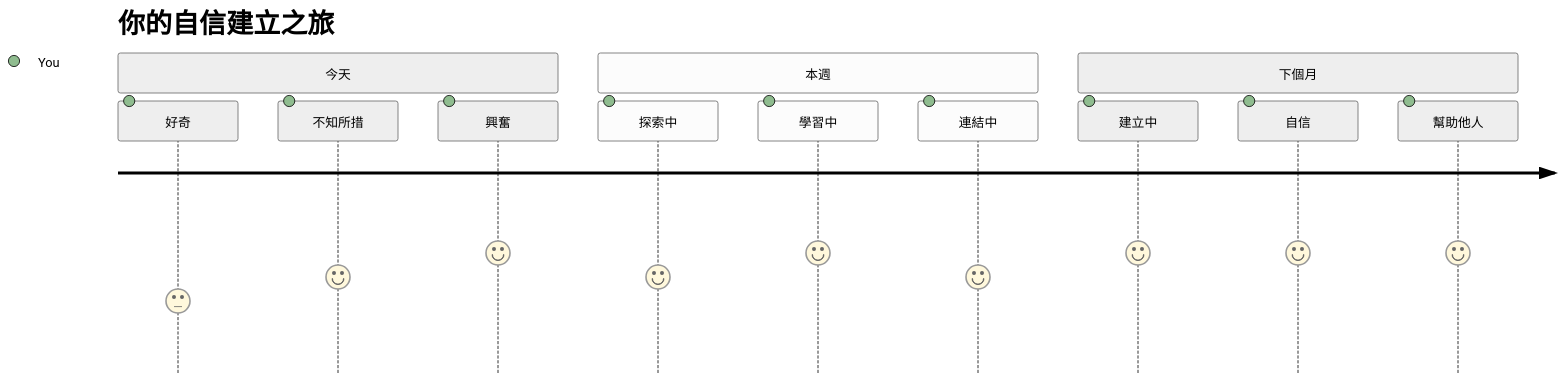
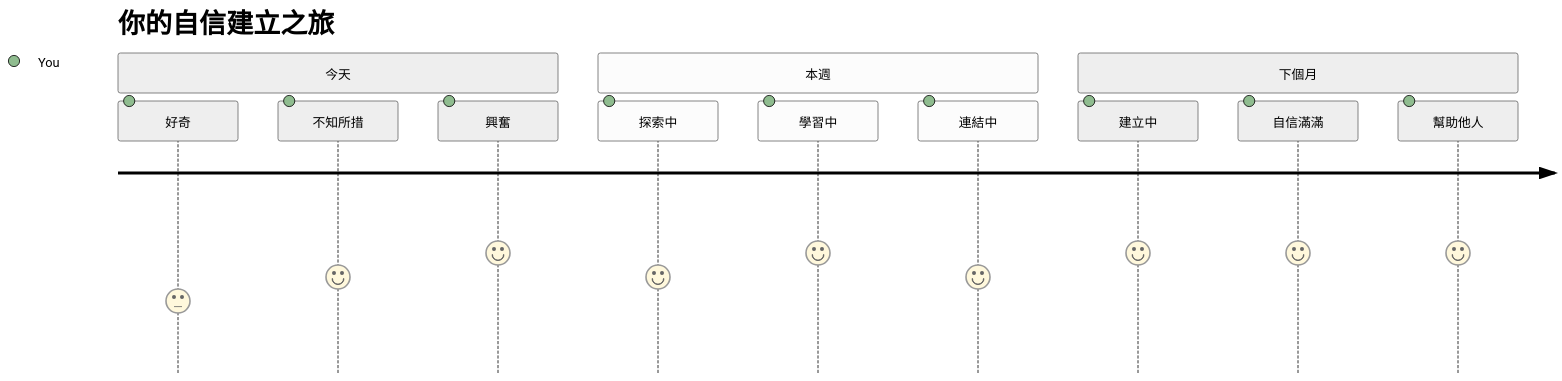
The seventh of 7 diagrams in translations/zh-TW/1-getting-started-lessons/1-intro-to-programming-languages/README.md (microsoft/Web-Dev-For-Beginners), drawn with Mermaid (neutral theme) before and after one commit. The commit also changed other lines of this file and 8 other files, not shown here.

````diff
--- a/translations/zh-TW/1-getting-started-lessons/1-intro-to-programming-languages/README.md
+++ b/translations/zh-TW/1-getting-started-lessons/1-intro-to-programming-languages/README.md
@@ -829,16 +833,16 @@
 ```mermaid
 journey
     title 你的自信建立之旅
     section 今天
       好奇: 3: You
       不知所措: 4: You
       興奮: 5: You
     section 本週
       探索中: 4: You
       學習中: 5: You
       連結中: 4: You
     section 下個月
       建立中: 5: You
-      自信: 5: You
+      自信滿滿: 5: You
       幫助他人: 5: You
 ```
````
